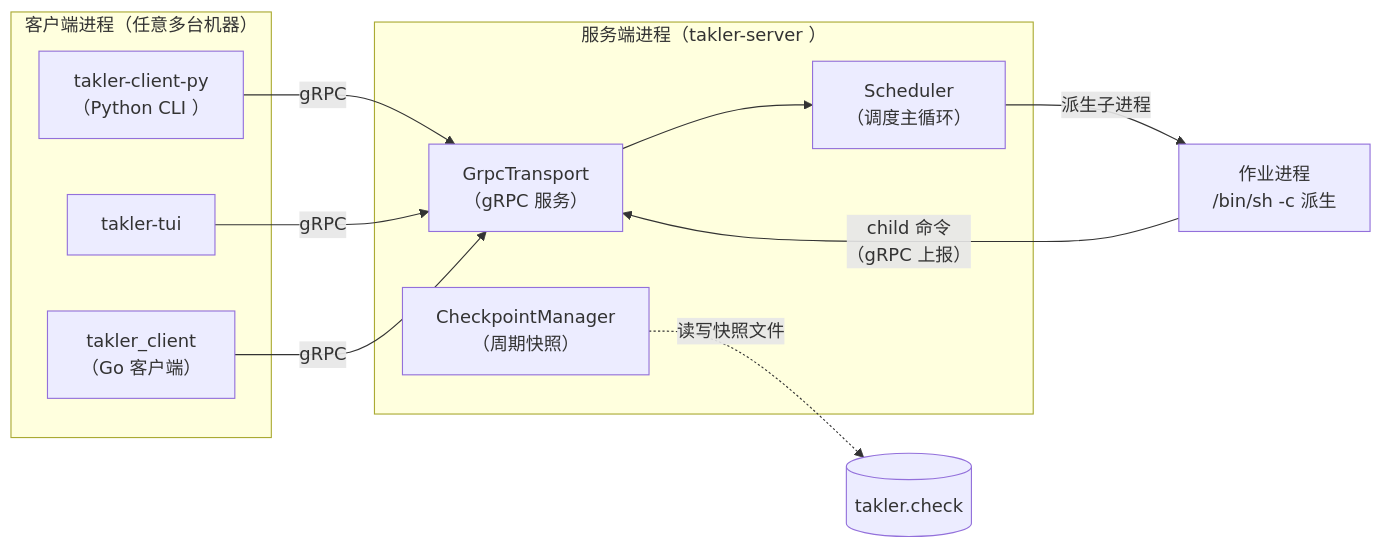
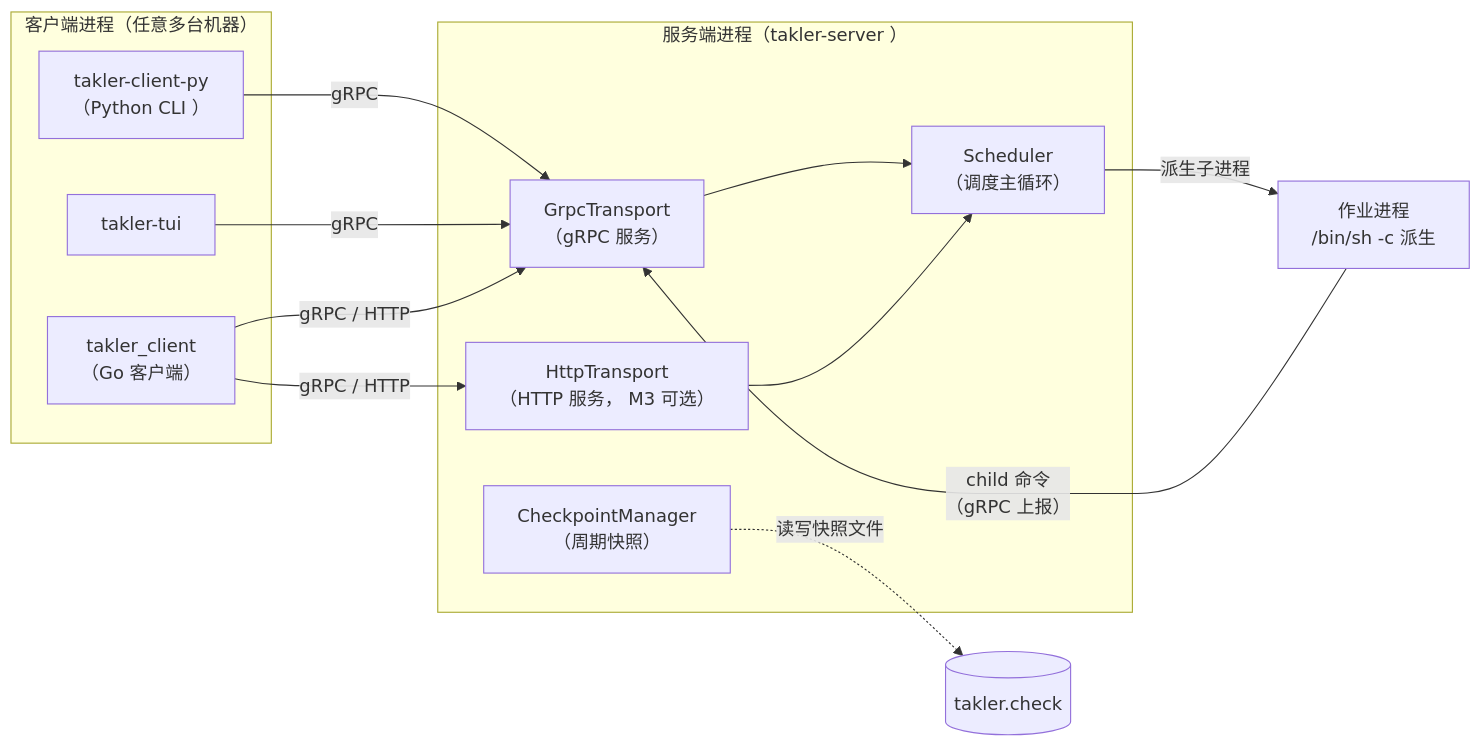
Before and after one commit to cemc-oper/takler: the first of 4 diagrams in doc/source/develop/architecture.rst, drawn with Mermaid. The commit also changed other lines of this file and 21 other files, not shown here.

```diff
--- a/doc/source/develop/architecture.rst
+++ b/doc/source/develop/architecture.rst
@@ -13,22 +13,25 @@
 .. mermaid::
 
     flowchart LR
         subgraph clients["客户端进程（任意多台机器）"]
             CLI["takler-client-py<br/>（Python CLI ）"]
             TUI["takler-tui"]
             GO["takler_client<br/>（Go 客户端）"]
         end
         subgraph server["服务端进程（takler-server ）"]
             GRPC["GrpcTransport<br/>（gRPC 服务）"]
+            HTTP["HttpTransport<br/>（HTTP 服务， M3 可选）"]
             SCHED["Scheduler<br/>（调度主循环）"]
             CKPT["CheckpointManager<br/>（周期快照）"]
         end
         JOB["作业进程<br/>/bin/sh -c 派生"]
 
         CLI -- "gRPC" --> GRPC
         TUI -- "gRPC" --> GRPC
-        GO -- "gRPC" --> GRPC
+        GO -- "gRPC / HTTP" --> GRPC
+        GO -- "gRPC / HTTP" --> HTTP
         GRPC --> SCHED
+        HTTP --> SCHED
         SCHED -- "派生子进程" --> JOB
         JOB -- "child 命令<br/>（gRPC 上报）" --> GRPC
         CKPT -.->|"读写快照文件"| DISK[("takler.check")]
```
